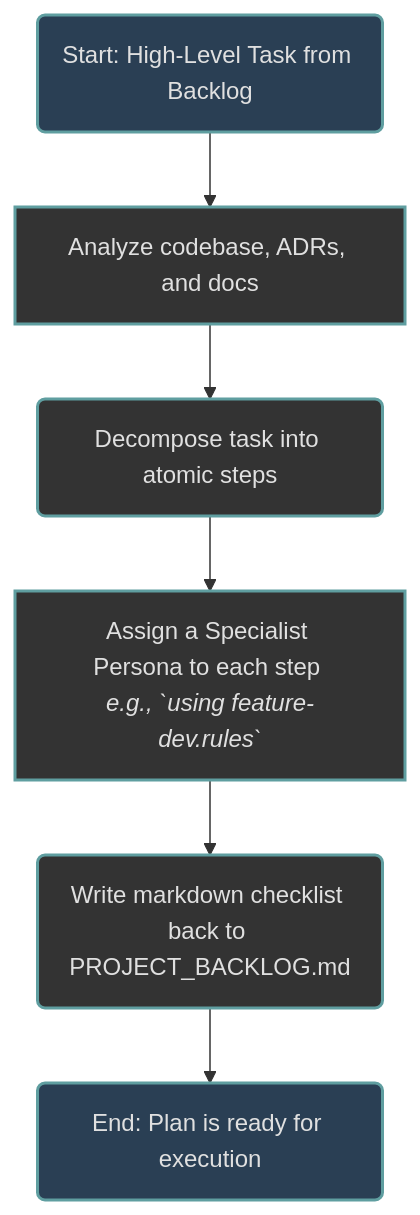
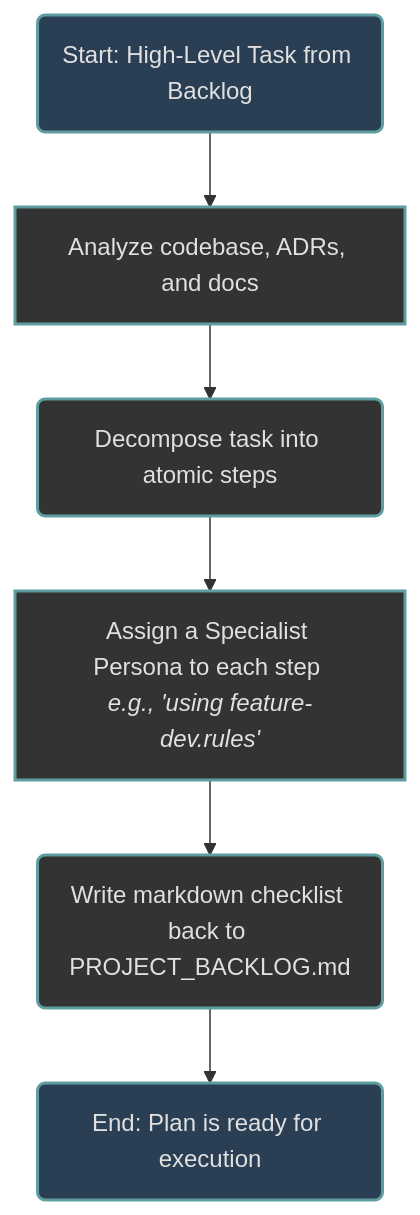
Before and after one commit to pridiuksson/orchestration-patterns-for-llms: the first of 2 diagrams in docs/gemini.md, drawn with Mermaid. The commit also changed other lines of this file, not shown here.

Commit message:
docs: Fix unsupported markdown in Mermaid diagrams

````diff
--- a/docs/gemini.md
+++ b/docs/gemini.md
@@ -33,16 +33,16 @@
 ```mermaid
 flowchart TD
     Start(Start: High-Level Task from Backlog) -->
     Analyze["Analyze codebase, ADRs, and docs"] -->
     Decompose(Decompose task into atomic steps) -->
-    Assign["Assign a Specialist Persona to each step <br><i>e.g., `using feature-dev.rules`</i>"] -->
+    Assign["Assign a Specialist Persona to each step <br><i>e.g., 'using feature-dev.rules'</i>"] -->
     WritePlan(Write markdown checklist back to PROJECT_BACKLOG.md) -->
     End(End: Plan is ready for execution)
 
     style Start fill:#2A3F54,stroke:#5F9EA0,stroke-width:2px,color:#E0E0E0
     style End fill:#2A3F54,stroke:#5F9EA0,stroke-width:2px,color:#E0E0E0
     style Analyze fill:#333333,stroke:#5F9EA0,stroke-width:2px,color:#E0E0E0
     style Decompose fill:#333333,stroke:#5F9EA0,stroke-width:2px,color:#E0E0E0
     style Assign fill:#333333,stroke:#5F9EA0,stroke-width:2px,color:#E0E0E0
     style WritePlan fill:#333333,stroke:#5F9EA0,stroke-width:2px,color:#E0E0E0
 ```
````
